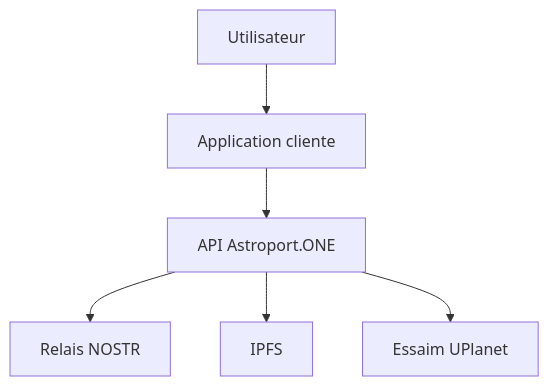
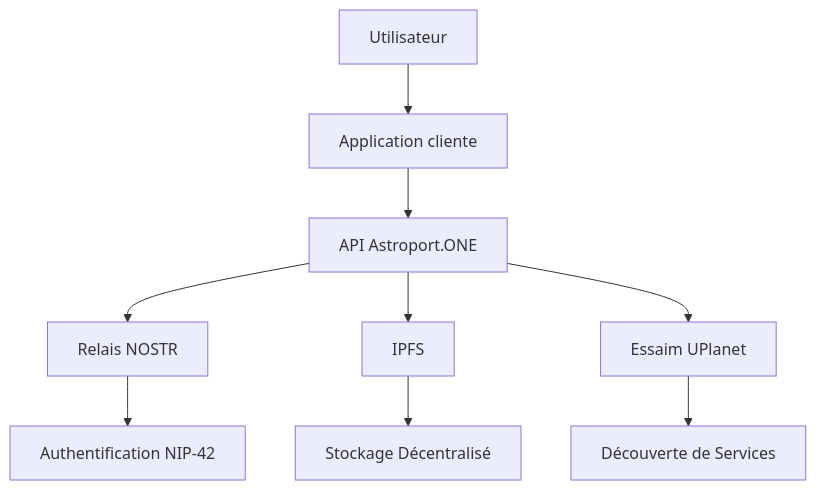
Before and after one commit to papiche/Astroport.ONE: the first of 2 diagrams in API.NOSTRAuth.readme.md, drawn with Mermaid. The commit also changed other lines of this file and 5 other files, not shown here.

````diff
--- a/API.NOSTRAuth.readme.md
+++ b/API.NOSTRAuth.readme.md
@@ -13,8 +13,12 @@
 ```mermaid
 graph TD
     User[Utilisateur] --> App[Application cliente]
     App --> API[API Astroport.ONE]
     API --> Relay[Relais NOSTR]
     API --> IPFS[IPFS]
     API --> Swarm[Essaim UPlanet]
+    
+    Relay --> Auth[Authentification NIP-42]
+    IPFS --> Storage[Stockage Décentralisé]
+    Swarm --> Discovery[Découverte de Services]
 ```
````
